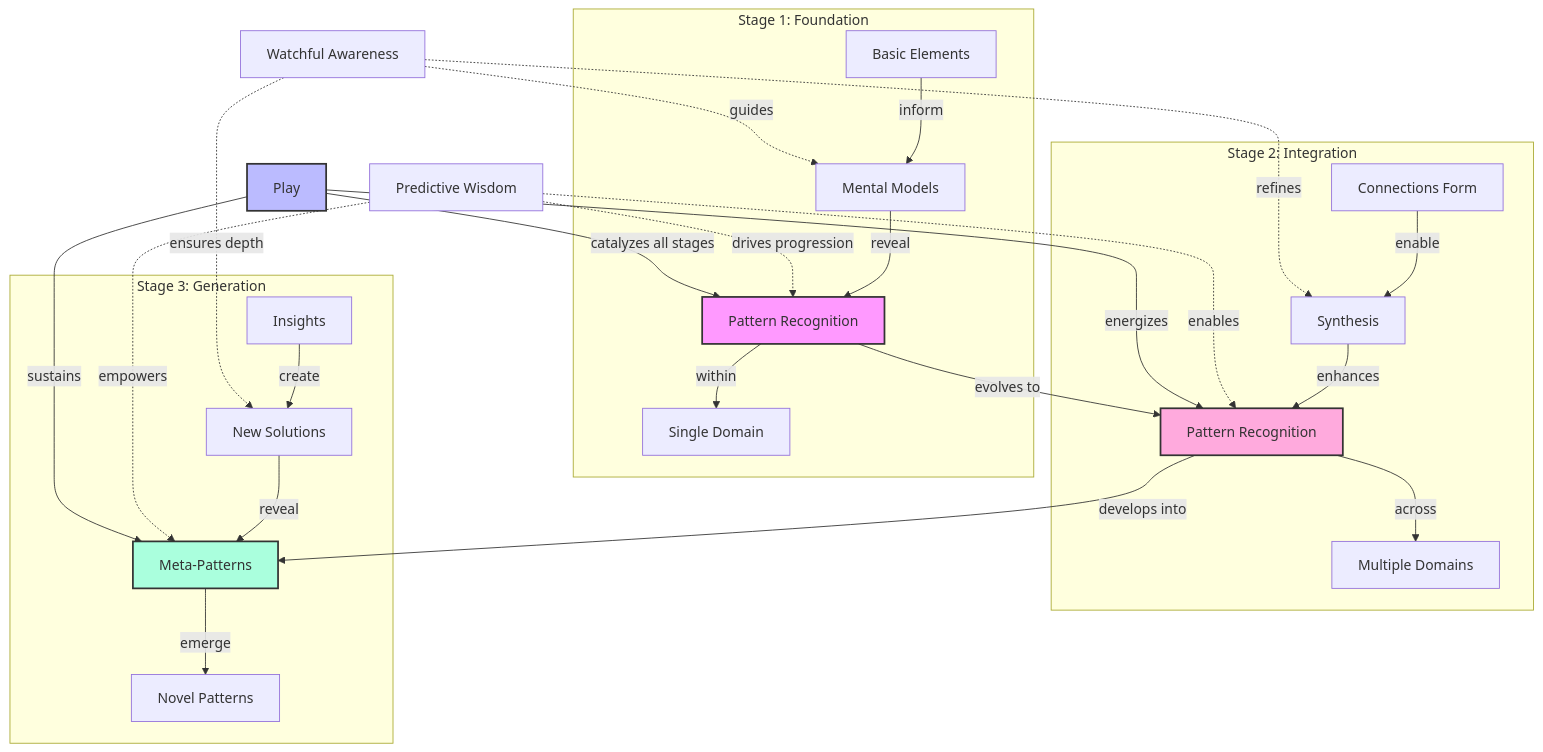
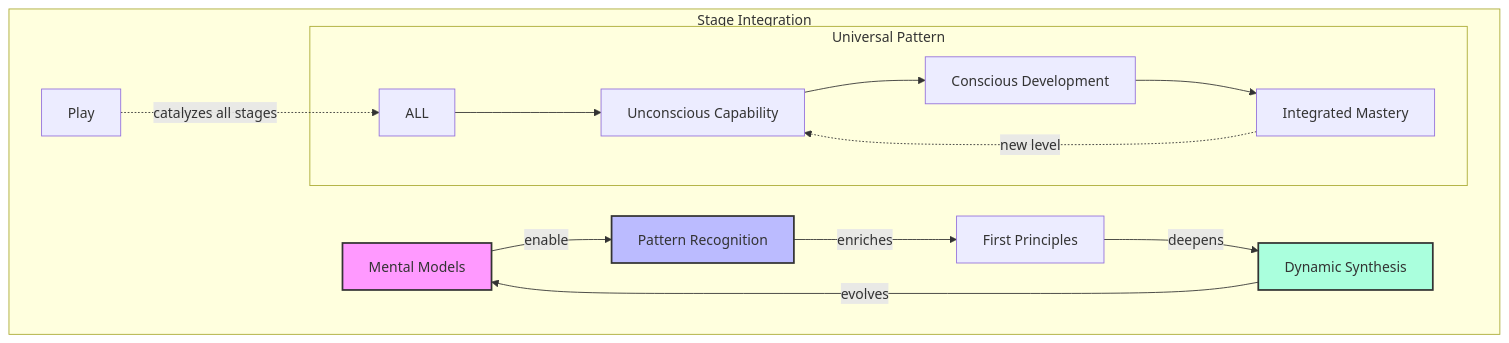
Diagram 16 of 43 in README.md (phillipclapham/neuroweaver), drawn with Mermaid before and after one commit. The commit also changed other lines of this file, not shown here.

````diff
--- a/README.md
+++ b/README.md
@@ -615,40 +994,22 @@
 ```mermaid
 graph TD
-    subgraph "Stage 1: Foundation"
-        S1P[Pattern Recognition] -->|within| S1D[Single Domain]
-        S1B[Basic Elements] -->|inform| S1M[Mental Models]
-        S1M -->|reveal| S1P
+    subgraph "Stage Integration"
+        MM[Mental Models] -->|enable| PR[Pattern Recognition]
+        PR -->|enriches| FP[First Principles]
+        FP -->|deepens| DS[Dynamic Synthesis]
+        DS -->|evolves| MM
+
+        Play[Play] -.->|catalyzes all stages| ALL
+
+        subgraph "Universal Pattern"
+            ALL --> U[Unconscious Capability]
+            U --> C[Conscious Development]
+            C --> I[Integrated Mastery]
+            I -.->|new level| U
+        end
     end
 
-    subgraph "Stage 2: Integration"
-        S2P[Pattern Recognition] -->|across| S2D[Multiple Domains]
-        S2C[Connections Form] -->|enable| S2S[Synthesis]
-        S2S -->|enhances| S2P
-    end
-
-    subgraph "Stage 3: Generation"
-        S3P[Meta-Patterns] -->|emerge| S3N[Novel Patterns]
-        S3I[Insights] -->|create| S3S[New Solutions]
-        S3S -->|reveal| S3P
-    end
-
-    S1P -->|evolves to| S2P
-    S2P -->|develops into| S3P
-
-    PW[Predictive Wisdom] -.->|drives progression| S1P
-    PW -.->|enables| S2P
-    PW -.->|empowers| S3P
-
-    WA[Watchful Awareness] -.->|guides| S1M
-    WA -.->|refines| S2S
-    WA -.->|ensures depth| S3S
-
-    PL[Play] -->|catalyzes all stages| S1P
-    PL -->|energizes| S2P
-    PL -->|sustains| S3P
-
-    style S1P fill:#f9f,stroke:#333,stroke-width:2px
-    style S2P fill:#fad,stroke:#333,stroke-width:2px
-    style S3P fill:#afd,stroke:#333,stroke-width:2px
-    style PL fill:#bbf,stroke:#333,stroke-width:2px
+    style MM fill:#f9f,stroke:#333,stroke-width:2px
+    style PR fill:#bbf,stroke:#333,stroke-width:2px
+    style DS fill:#afd,stroke:#333,stroke-width:2px
 ```
````
